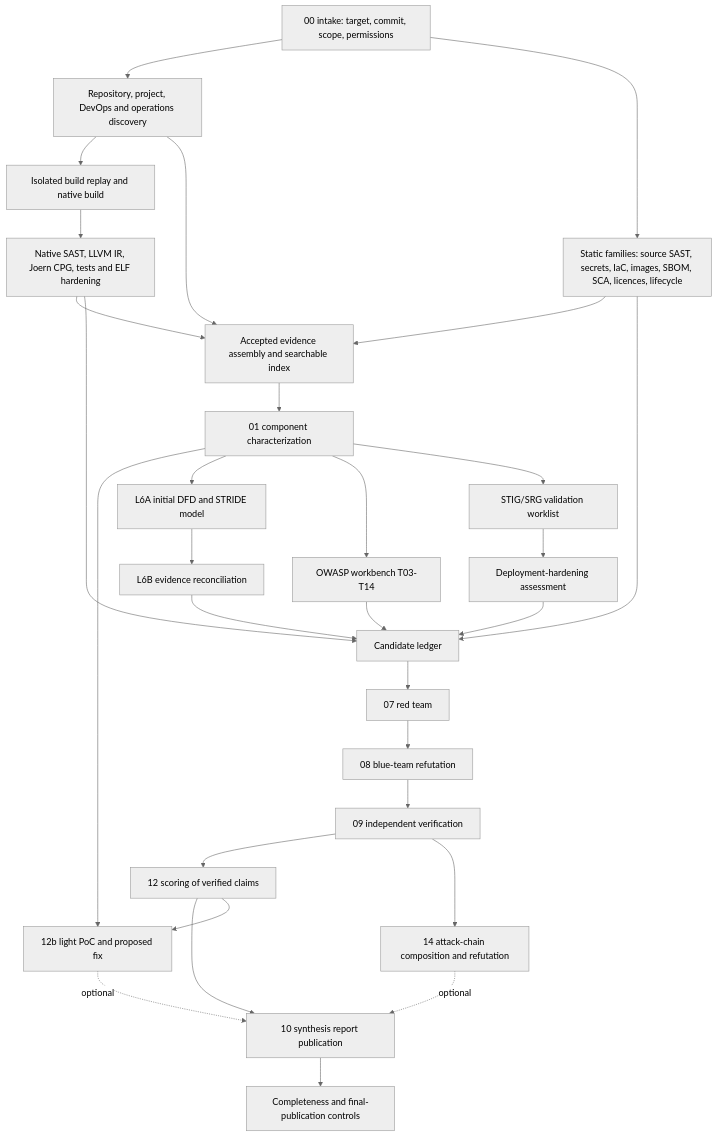
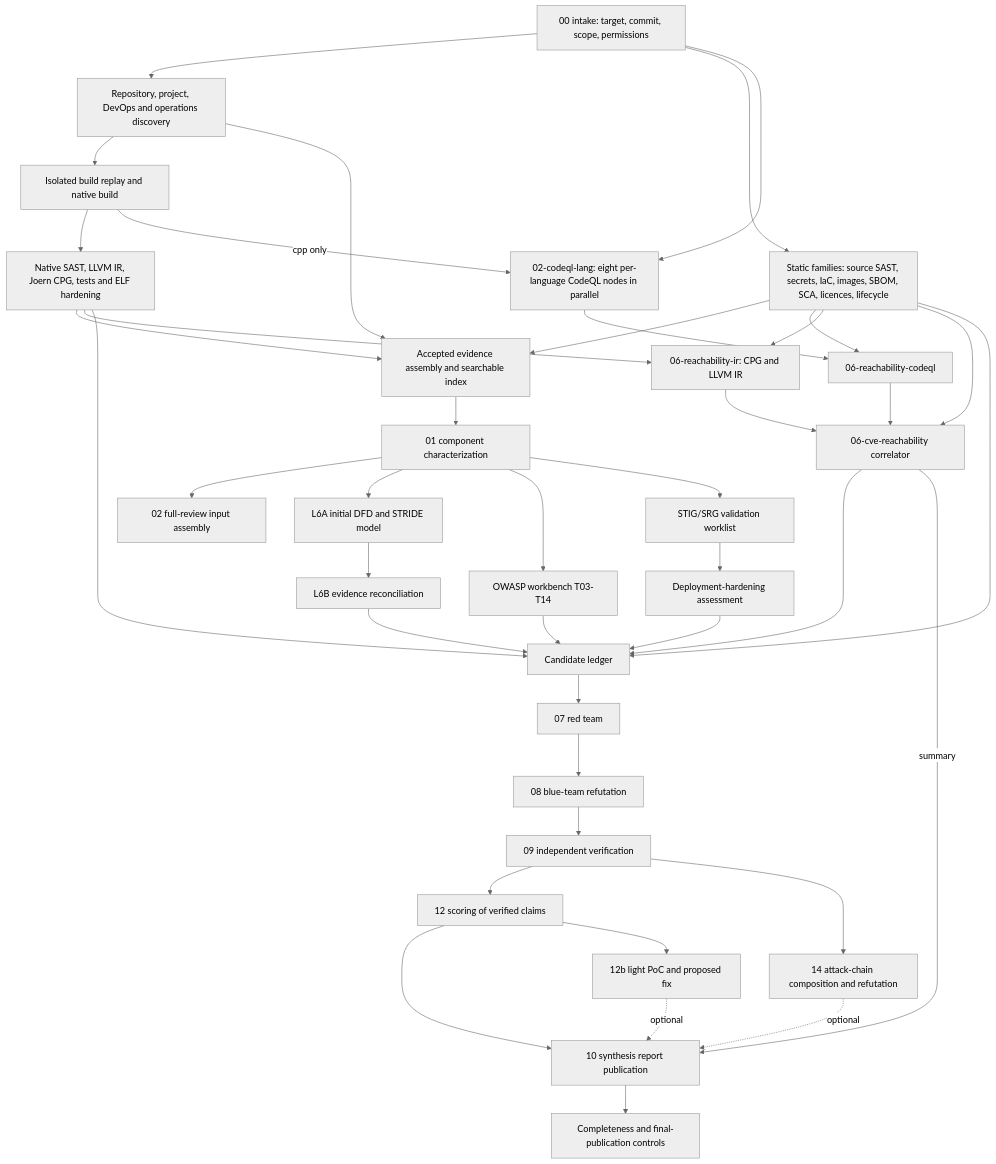
One commit to wsollers/appsec-review changed the diagram in docs/appsec-review-process-flow.md. Above: the diagram before and after it, drawn with Mermaid (neutral theme). The commit also changed other lines of this file, not shown here.

Commit message:
Docs: process-flow diagram gains per-language CodeQL, both reachability engines and the 06 correlator; fix the reused node id P (input assembly vs 12b)
Claude-Session: https://claude.ai/code/session_01KMVkM6cdyuwBa3rAuS1uDA

````diff
--- a/docs/appsec-review-process-flow.md
+++ b/docs/appsec-review-process-flow.md
@@ -11,27 +11,36 @@
 ```mermaid
 flowchart TD
   I[00 intake: target, commit, scope, permissions] --> D[Repository, project, DevOps and operations discovery]
   I --> S[Static families: source SAST, secrets, IaC, images, SBOM, SCA, licences, lifecycle]
   D --> B[Isolated build replay and native build]
   B --> N[Native SAST, LLVM IR, Joern CPG, tests and ELF hardening]
   S & N & D --> E[Accepted evidence assembly and searchable index]
+  I --> CQ[02-codeql-lang: eight per-language CodeQL nodes in parallel]
+  B -->|cpp only| CQ
+  CQ --> RC[06-reachability-codeql]
+  N --> RI[06-reachability-ir: CPG and LLVM IR]
+  S --> RC & RI
+  RC & RI --> CR[06-cve-reachability correlator]
+  S --> CR
+  CR --> L
+  CR -->|summary| X
   E --> C[01 component characterization]
   C --> P[02 full-review input assembly]
   C --> T1[L6A initial DFD and STRIDE model]
   T1 --> T2[L6B evidence reconciliation]
   C --> O[OWASP workbench T03-T14]
   C --> G[STIG/SRG validation worklist]
   G --> H[Deployment-hardening assessment]
   T2 & O & H --> L[Candidate ledger]
   S & N --> L
   L --> R[07 red team]
   R --> U[08 blue-team refutation]
   U --> V[09 independent verification]
   V --> Q[12 scoring of verified claims]
   V --> K[14 attack-chain composition and refutation]
   Q --> X[10 synthesis report publication]
   K -.->|optional| X
-  Q --> P[12b light PoC and proposed fix]
-  P -.->|optional| X
+  Q --> PF[12b light PoC and proposed fix]
+  PF -.->|optional| X
   X --> A[Completeness and final-publication controls]
 ```
````
